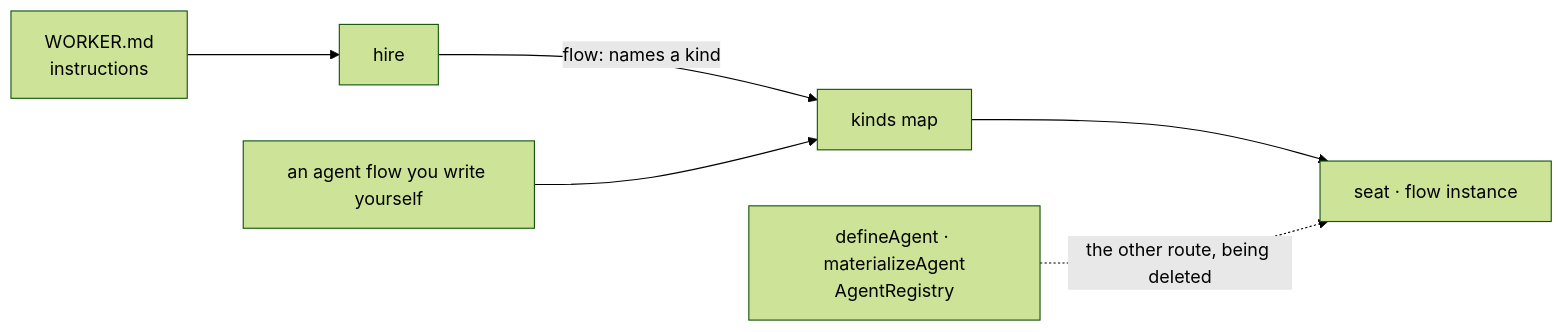
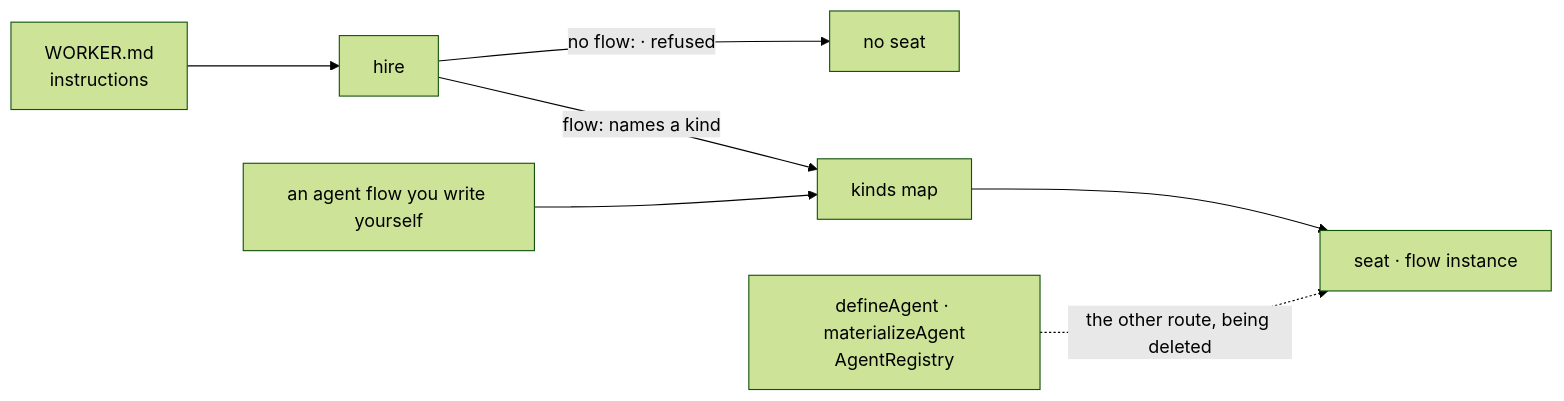
The first of 4 diagrams in spec/_epics/default-agent-kind.explainer.md (fixpoint-labs/flow-state-dev), drawn with Mermaid (forest theme) before and after one commit. The commit also changed other lines of this file, not shown here.

````diff
--- a/spec/_epics/default-agent-kind.explainer.md
+++ b/spec/_epics/default-agent-kind.explainer.md
@@ -12,8 +12,9 @@
 ```mermaid
 flowchart LR
   W["WORKER.md<br/>instructions"] --> H[hire]
+  H -->|"no flow: · refused"| X["no seat"]
   H -->|"flow: names a kind"| K["kinds map"]
   K --> S["seat · flow instance"]
   O["an agent flow you write yourself"] --> K
   L["defineAgent · materializeAgent<br/>AgentRegistry"] -.->|"the other route, being deleted"| S
 ```
````
